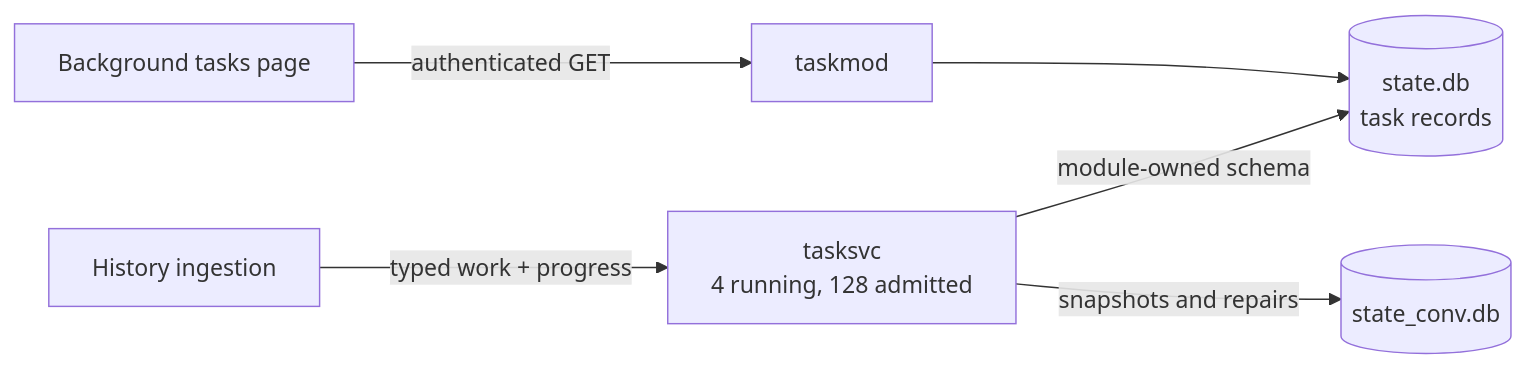
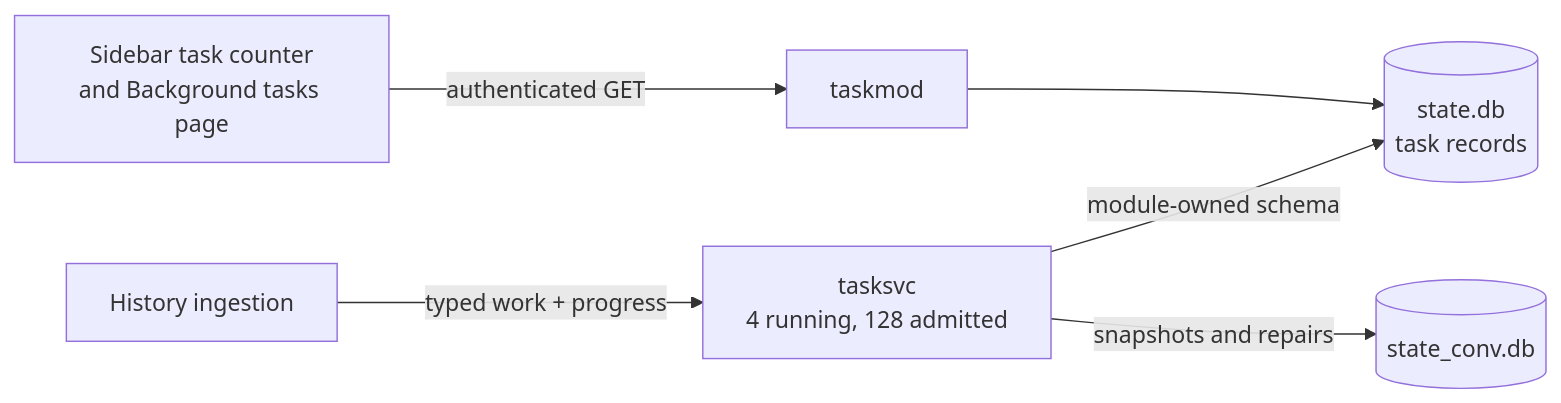
The eighth of 13 diagrams in docs/other/architecture.md (ocman/ocman), drawn with Mermaid before and after one commit. The commit also changed other lines of this file and 16 other files, not shown here.

First line of the commit message:
feat(ui): move background tasks into the sidebar counter

````diff
--- a/docs/other/architecture.md
+++ b/docs/other/architecture.md
@@ -830,8 +833,8 @@
 ```mermaid
 flowchart LR
     Import[History ingestion] -->|typed work + progress| Manager[tasksvc<br/>4 running, 128 admitted]
     Manager -->|module-owned schema| State[(state.db<br/>task records)]
-    Browser[Background tasks page] -->|authenticated GET| API[taskmod]
+    Browser[Sidebar task counter<br/>and Background tasks page] -->|authenticated GET| API[taskmod]
     API --> State
     Manager -->|snapshots and repairs| History[(state_conv.db)]
 ```
````
